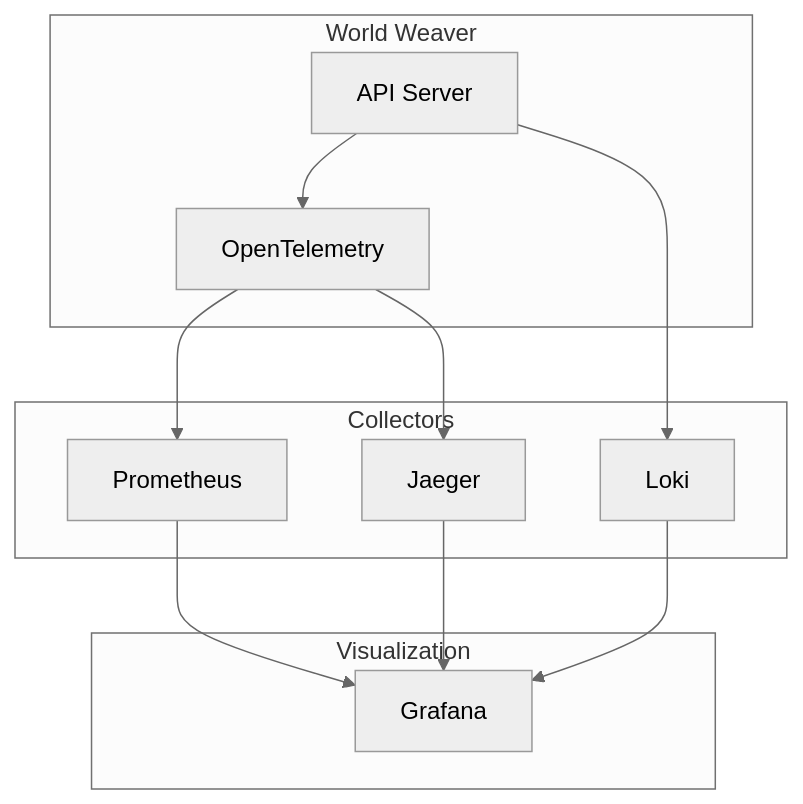
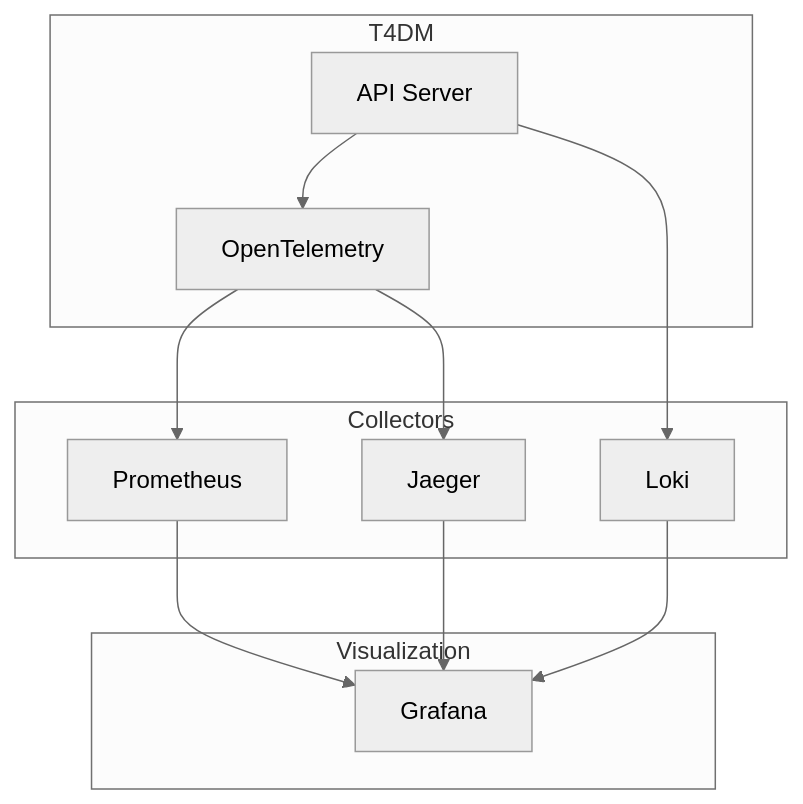
The first of 9 diagrams in docs/operations/monitoring.md (astoreyai/t4d), drawn with Mermaid (neutral theme) before and after one commit. The commit also changed other lines of this file and 394 other files, not shown here.

First line of the commit message:
Bulk rename World Weaver→T4DM across all documentation, diagrams, skills, agents

````diff
--- a/docs/operations/monitoring.md
+++ b/docs/operations/monitoring.md
@@ -7,25 +7,25 @@
 ```mermaid
 graph TB
-    subgraph WW["World Weaver"]
+    subgraph WW["T4DM"]
         API[API Server]
         OTEL[OpenTelemetry]
     end
 
     subgraph Collectors["Collectors"]
         PROM[Prometheus]
         JAEGER[Jaeger]
         LOKI[Loki]
     end
 
     subgraph Visualization["Visualization"]
         GRAFANA[Grafana]
     end
 
     API --> OTEL
     OTEL --> PROM
     OTEL --> JAEGER
     API --> LOKI
     PROM --> GRAFANA
     JAEGER --> GRAFANA
     LOKI --> GRAFANA
 ```
````
